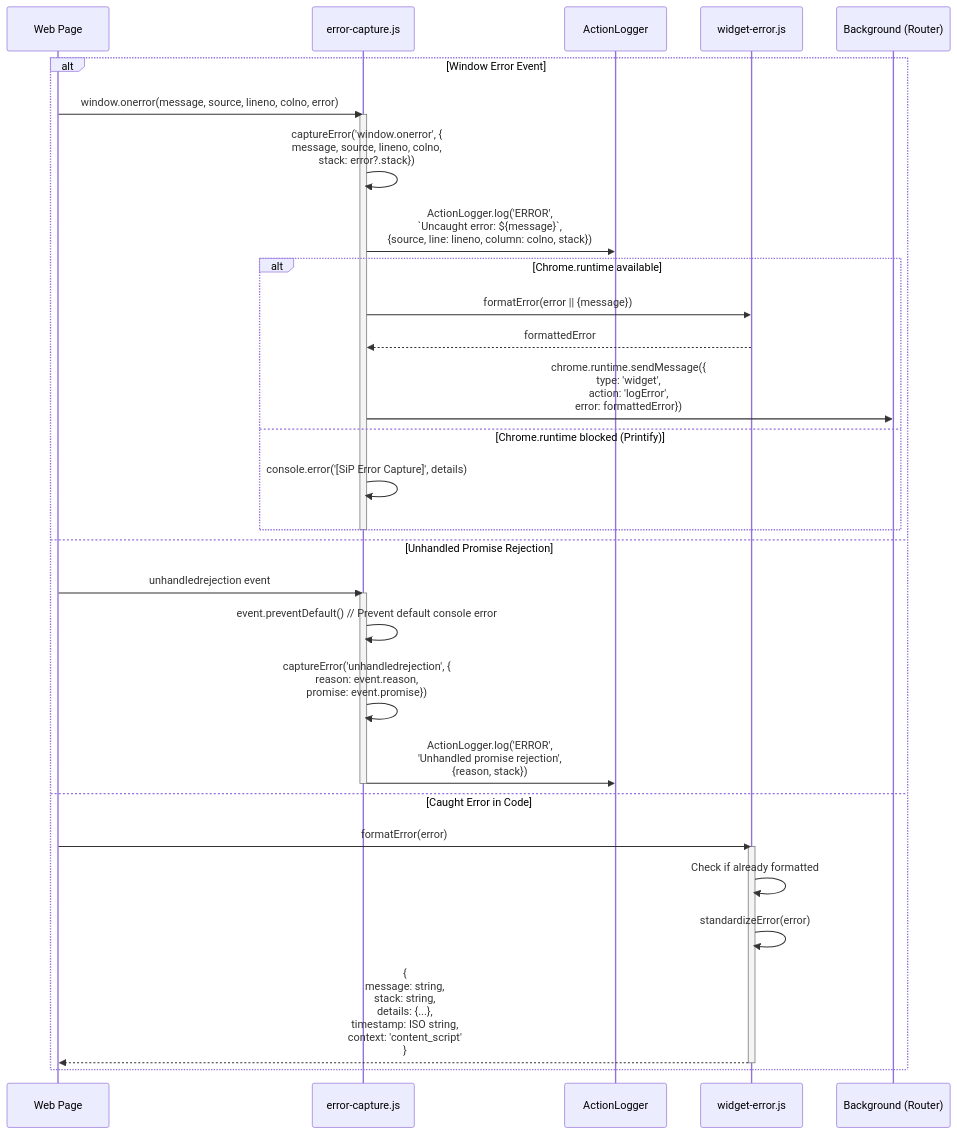
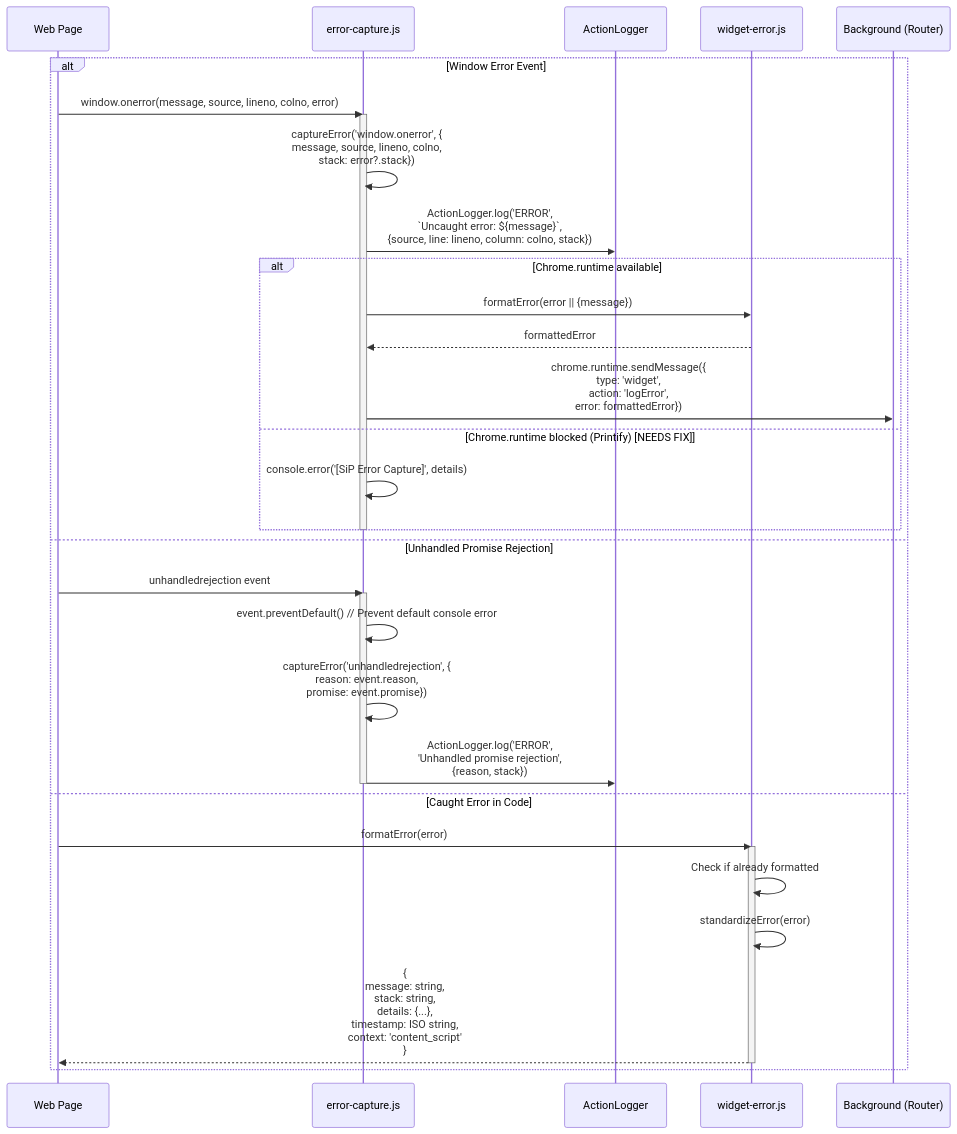
The tenth of 13 diagrams in guidelines/sip-printify-manager-extension-widget-v2.md (tdemelle-SiP/.claude), drawn with Mermaid before and after one commit. The commit also changed other lines of this file and 1 other file, not shown here.

````diff
--- a/guidelines/sip-printify-manager-extension-widget-v2.md
+++ b/guidelines/sip-printify-manager-extension-widget-v2.md
@@ -1146,42 +1107,42 @@
 ```mermaid
 sequenceDiagram
     participant Page as Web Page
     participant EC as error-capture.js
     participant AL as ActionLogger
     participant WE as widget-error.js
     participant BG as Background (Router)
     
     alt Window Error Event
         Page->>EC: window.onerror(message, source, lineno, colno, error)
         activate EC
         EC->>EC: captureError('window.onerror', {<br/>message, source, lineno, colno,<br/>stack: error?.stack})
         
         EC->>AL: ActionLogger.log('ERROR',<br/>`Uncaught error: ${message}`,<br/>{source, line: lineno, column: colno, stack})
         
         alt Chrome.runtime available
             EC->>WE: formatError(error || {message})
             WE-->>EC: formattedError
             EC->>BG: chrome.runtime.sendMessage({<br/>type: 'widget',<br/>action: 'logError',<br/>error: formattedError})
-        else Chrome.runtime blocked (Printify)
+        else Chrome.runtime blocked (Printify) [NEEDS FIX]
             EC->>EC: console.error('[SiP Error Capture]', details)
         end
         deactivate EC
     
     else Unhandled Promise Rejection
         Page->>EC: unhandledrejection event
         activate EC
         EC->>EC: event.preventDefault() // Prevent default console error
         EC->>EC: captureError('unhandledrejection', {<br/>reason: event.reason,<br/>promise: event.promise})
         
         EC->>AL: ActionLogger.log('ERROR',<br/>'Unhandled promise rejection',<br/>{reason, stack})
         deactivate EC
     
     else Caught Error in Code
         Page->>WE: formatError(error)
         activate WE
         WE->>WE: Check if already formatted
         WE->>WE: standardizeError(error)
         WE-->>Page: {<br/>message: string,<br/>stack: string,<br/>details: {...},<br/>timestamp: ISO string,<br/>context: 'content_script'<br/>}
         deactivate WE
     end
 ```
````
